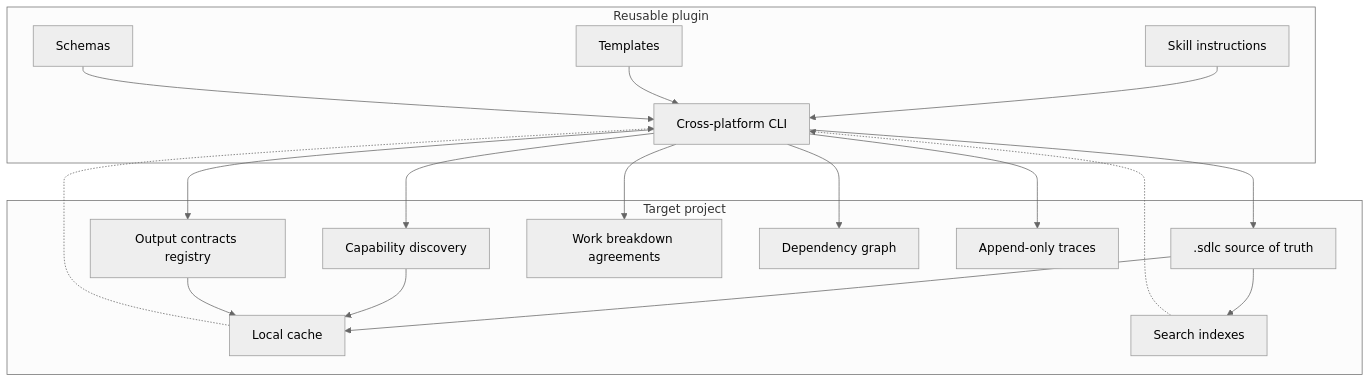
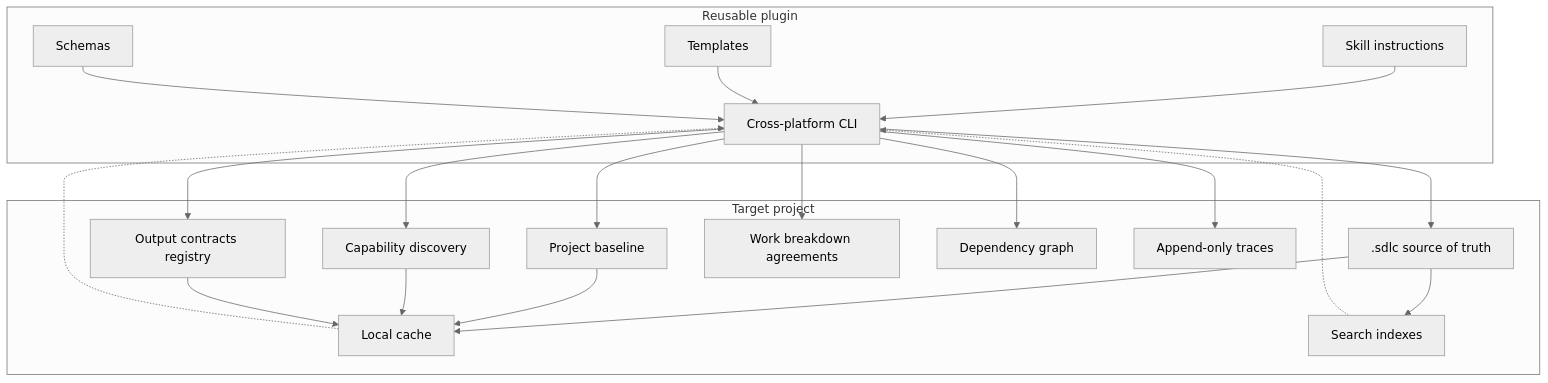
Before and after one commit to aantenore/agentic-sdlc-codex-plugin: the first of 10 diagrams in docs/architecture.md, drawn with Mermaid (neutral theme). The commit also changed other lines of this file and 10 other files, not shown here.

````diff
--- a/docs/architecture.md
+++ b/docs/architecture.md
@@ -32,36 +33,39 @@
 ```mermaid
 flowchart TB
   subgraph Plugin["Reusable plugin"]
     Skill["Skill instructions"]
     Templates["Templates"]
     Schemas["Schemas"]
     CLI["Cross-platform CLI"]
   end
 
   subgraph Project["Target project"]
     KB[".sdlc source of truth"]
+    Baseline["Project baseline"]
     Capabilities["Capability discovery"]
     OutputRegistry["Output contracts registry"]
     Breakdown["Work breakdown agreements"]
     Dependencies["Dependency graph"]
     Traces["Append-only traces"]
     Cache["Local cache"]
     Indexes["Search indexes"]
   end
 
   Skill --> CLI
   Templates --> CLI
   Schemas --> CLI
   CLI --> KB
+  CLI --> Baseline
   CLI --> Capabilities
   CLI --> OutputRegistry
   CLI --> Breakdown
   CLI --> Dependencies
   CLI --> Traces
   KB --> Cache
+  Baseline --> Cache
   Capabilities --> Cache
   KB --> Indexes
   OutputRegistry --> Cache
   Cache -.-> CLI
   Indexes -.-> CLI
 ```
````
